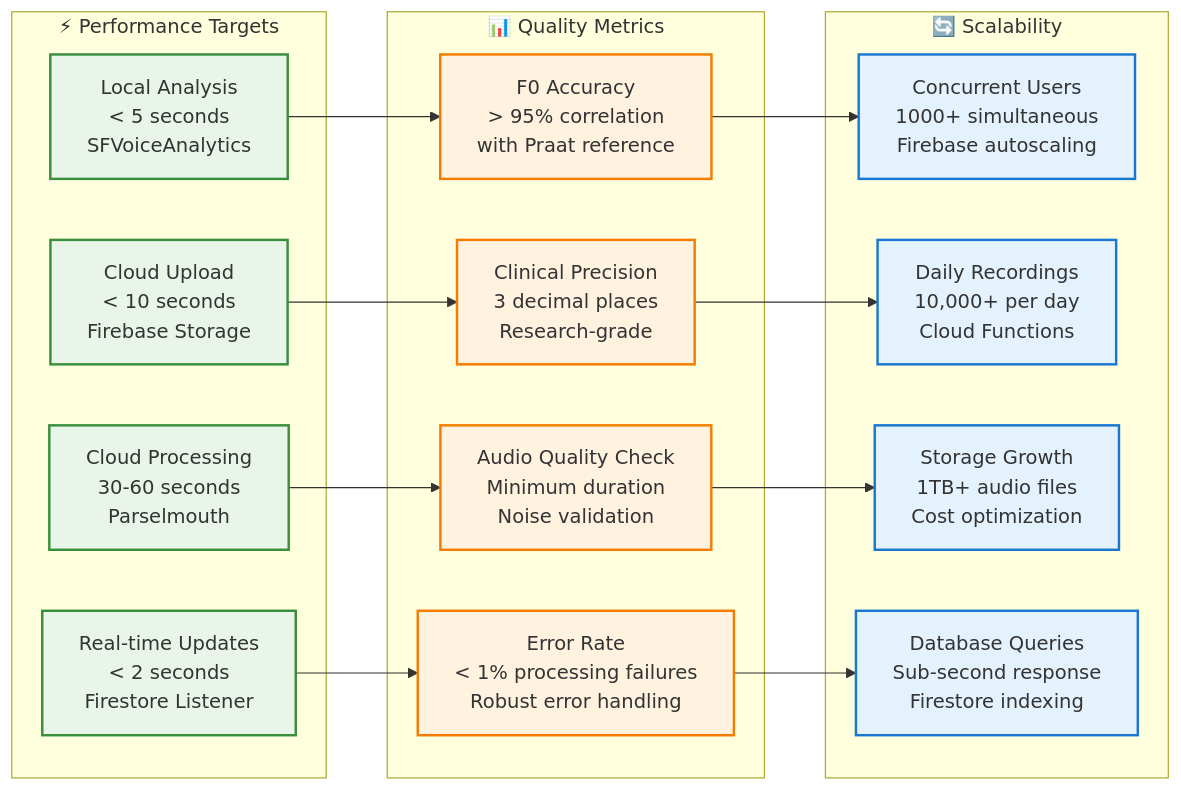
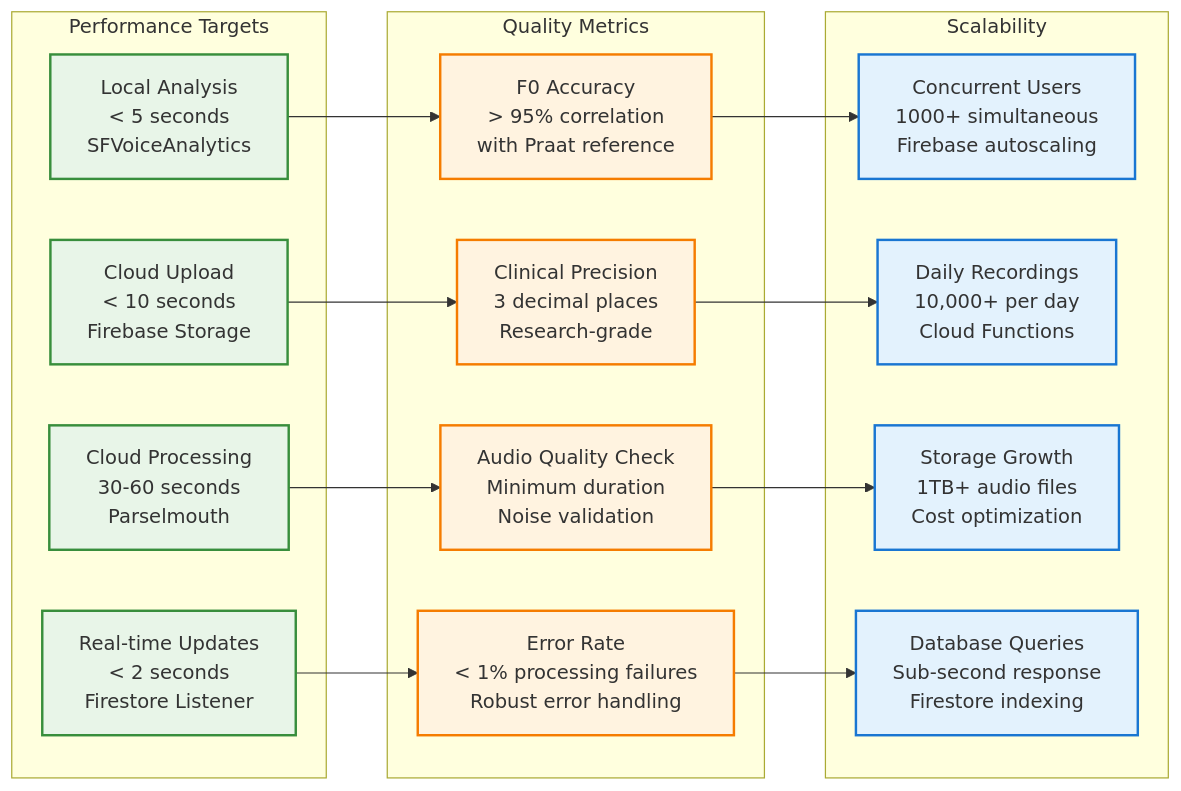
One commit to PoisonIvory/sage changed diagram 12 of 13 in ARCHITECTURE.md. Above: the diagram before and after it, drawn with Mermaid. The commit also changed other lines of this file, not shown here.

Commit message:
Update ARCHITECTURE.md to accurately reflect current codebase implementation

````diff
--- a/ARCHITECTURE.md
+++ b/ARCHITECTURE.md
@@ -674,40 +695,40 @@
 ```mermaid
 graph LR
-    subgraph "⚡ Performance Targets"
+    subgraph "Performance Targets"
         A1[Local Analysis<br/>< 5 seconds<br/>SFVoiceAnalytics]
         A2[Cloud Upload<br/>< 10 seconds<br/>Firebase Storage]
         A3[Cloud Processing<br/>30-60 seconds<br/>Parselmouth]
         A4[Real-time Updates<br/>< 2 seconds<br/>Firestore Listener]
     end
     
-    subgraph "📊 Quality Metrics"  
+    subgraph "Quality Metrics"  
         B1[F0 Accuracy<br/>> 95% correlation<br/>with Praat reference]
         B2[Clinical Precision<br/>3 decimal places<br/>Research-grade]
         B3[Audio Quality Check<br/>Minimum duration<br/>Noise validation]
         B4[Error Rate<br/>< 1% processing failures<br/>Robust error handling]
     end
     
-    subgraph "🔄 Scalability"
+    subgraph "Scalability"
         C1[Concurrent Users<br/>1000+ simultaneous<br/>Firebase autoscaling]
         C2[Daily Recordings<br/>10,000+ per day<br/>Cloud Functions]
         C3[Storage Growth<br/>1TB+ audio files<br/>Cost optimization]
         C4[Database Queries<br/>Sub-second response<br/>Firestore indexing]
     end
     
     A1 --> B1
     A2 --> B2
     A3 --> B3
     A4 --> B4
     B1 --> C1
     B2 --> C2
     B3 --> C3
     B4 --> C4
     
     classDef performance fill:#e8f5e8,stroke:#388e3c,stroke-width:2px
     classDef quality fill:#fff3e0,stroke:#f57c00,stroke-width:2px
     classDef scalability fill:#e3f2fd,stroke:#1976d2,stroke-width:2px
     
     class A1,A2,A3,A4 performance
     class B1,B2,B3,B4 quality
     class C1,C2,C3,C4 scalability
 ```
````
